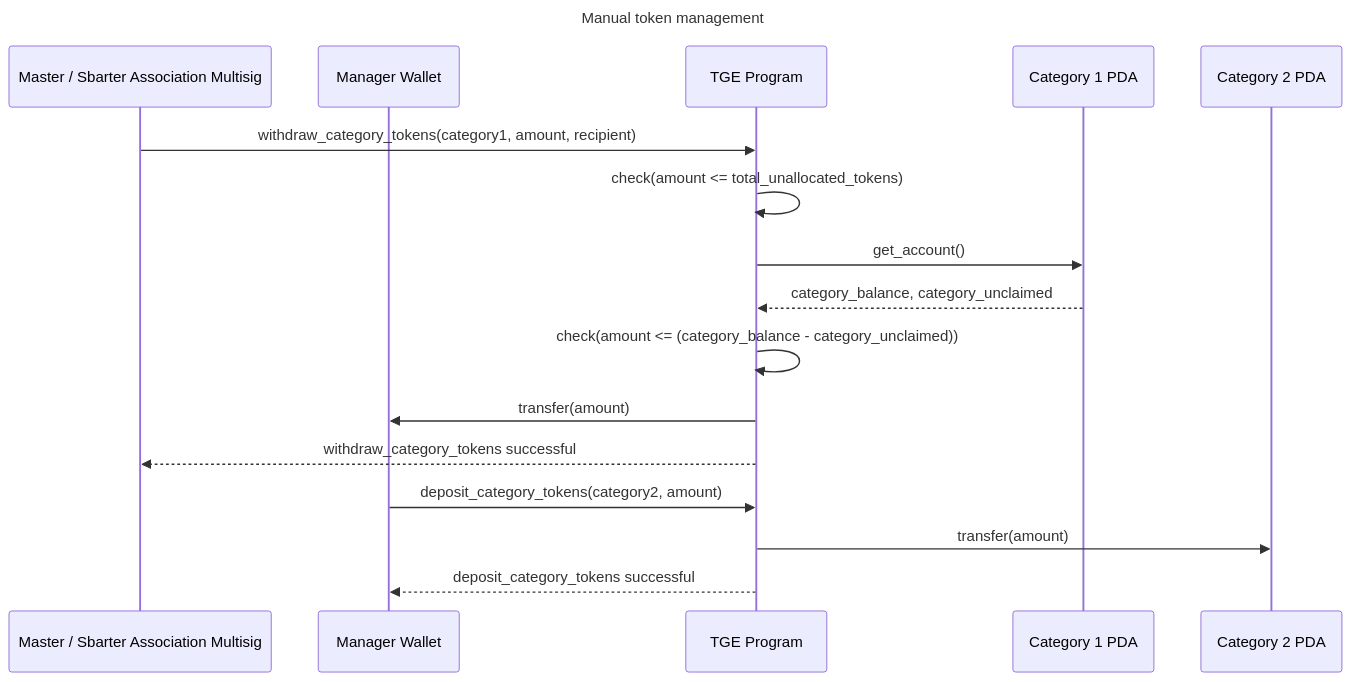
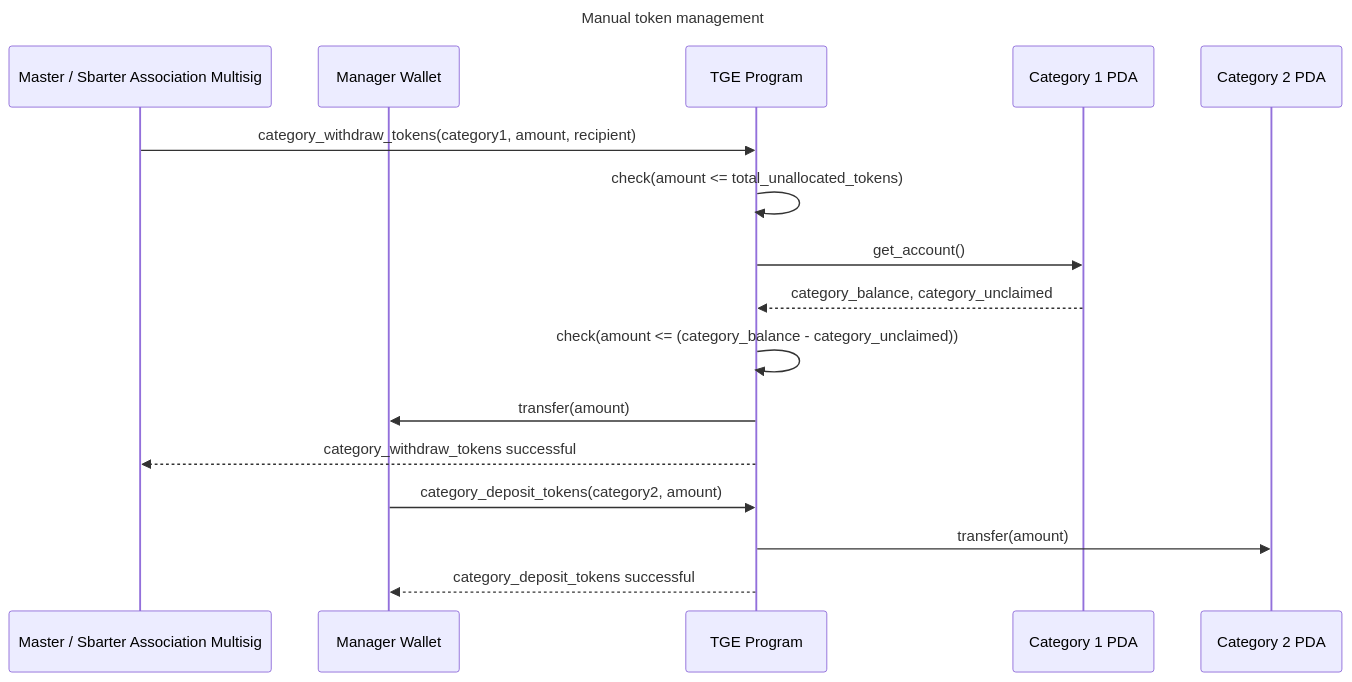
One commit to sbarter/blockchain-token-solana-program changed the third of 3 diagrams in README.md. Above: the diagram before and after it, drawn with Mermaid. The commit also changed other lines of this file, not shown here.

Commit message:
docs: clarify sequence diagrams

````diff
--- a/README.md
+++ b/README.md
@@ -131,22 +133,22 @@
 ```mermaid
 sequenceDiagram
     title Manual token management
 
     participant Admin as Master / Sbarter Association Multisig
     participant Manager as Manager Wallet
     participant Program as TGE Program
     participant Category1 as Category 1 PDA
     participant Category2 as Category 2 PDA
 
-    Admin->>Program: withdraw_category_tokens(category1, amount, recipient)
+    Admin->>Program: category_withdraw_tokens(category1, amount, recipient)
     Program->>Program: check(amount <= total_unallocated_tokens)
     Program->>Category1: get_account()
     Category1-->>Program: category_balance, category_unclaimed
     Program->>Program: check(amount <= (category_balance - category_unclaimed))
     Program->>Manager: transfer(amount)
-    Program-->>Admin: withdraw_category_tokens successful
+    Program-->>Admin: category_withdraw_tokens successful
 
-    Manager->>Program: deposit_category_tokens(category2, amount)
+    Manager->>Program: category_deposit_tokens(category2, amount)
     Program->>Category2: transfer(amount)
-    Program-->>Manager: deposit_category_tokens successful
+    Program-->>Manager: category_deposit_tokens successful
 ```
````
